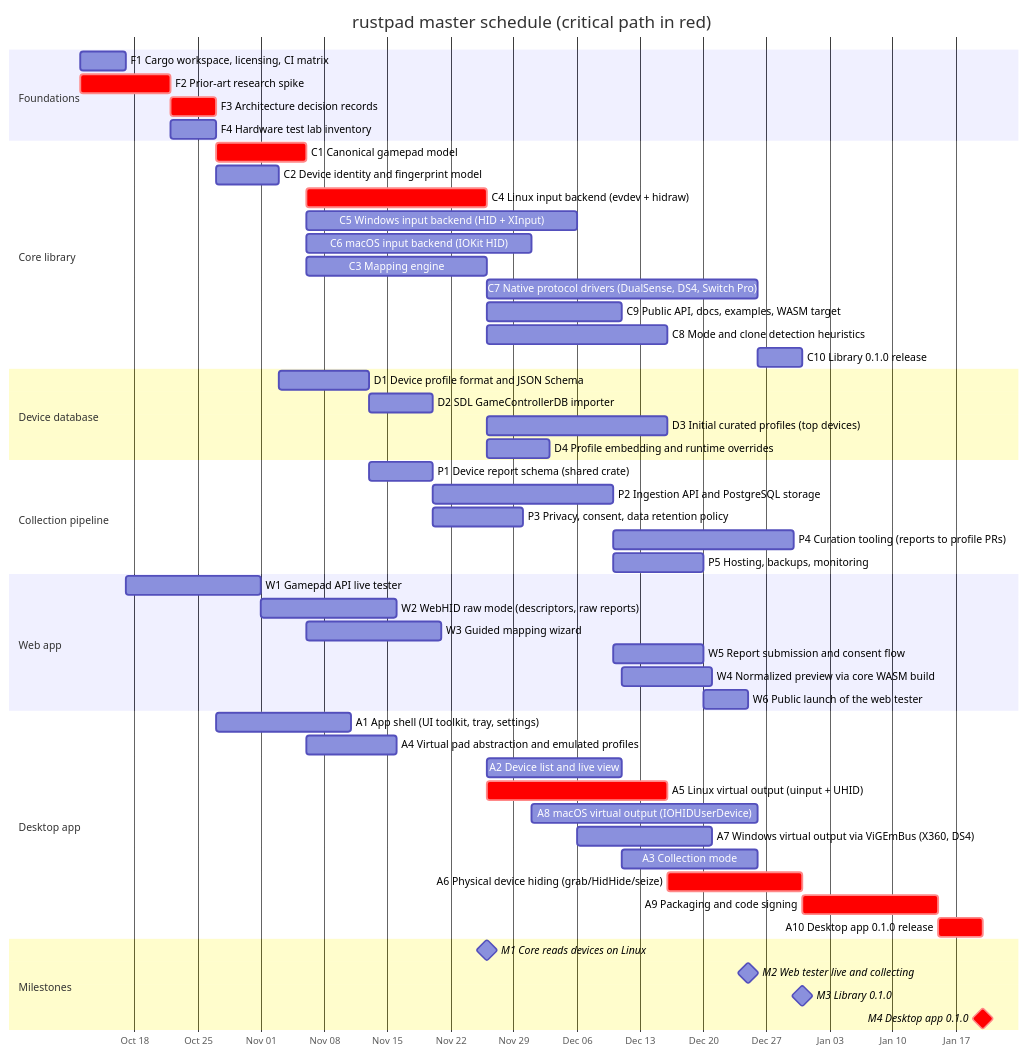
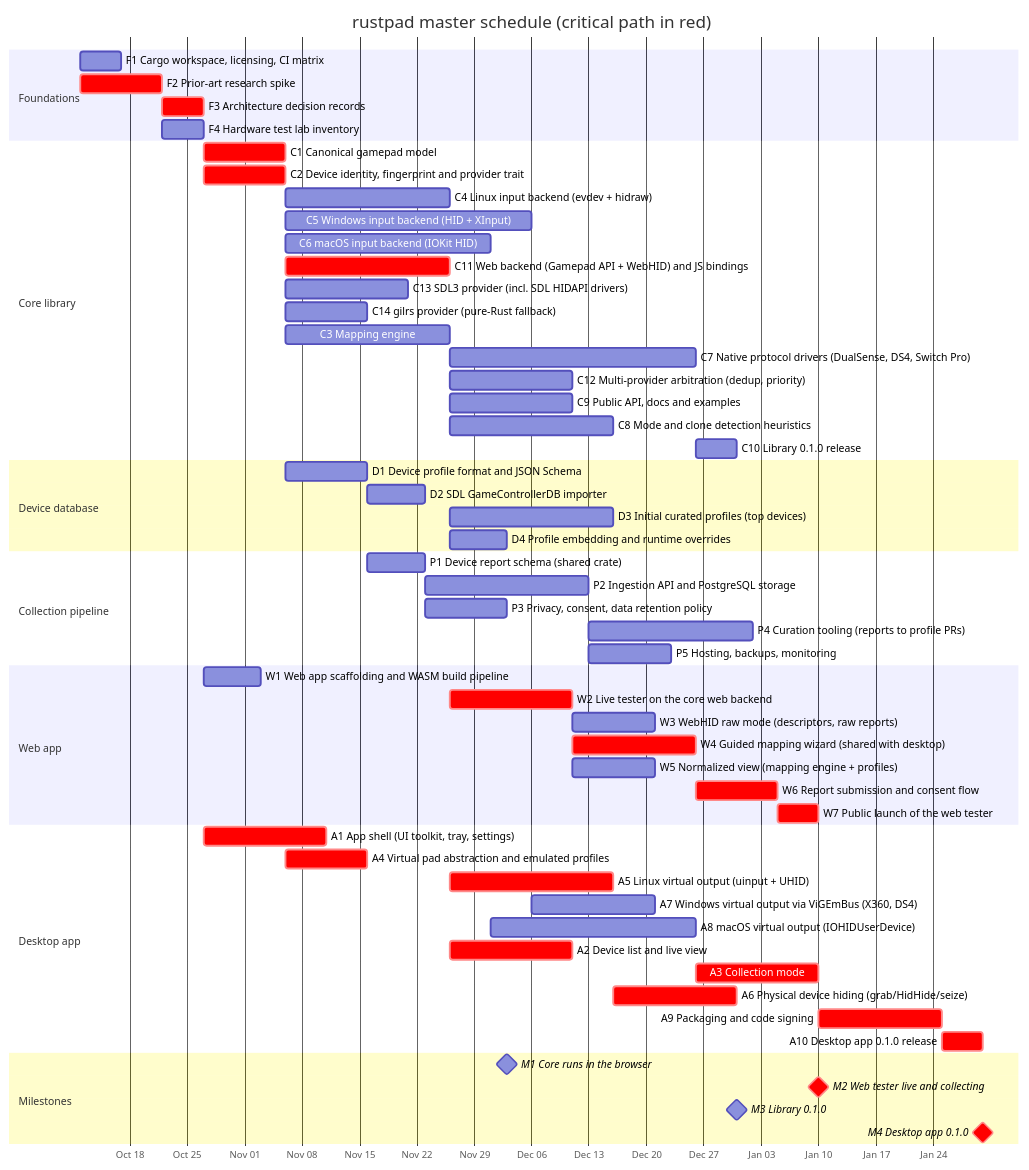
Before and after one commit to anygamepad/anygamepad.github.io: the second of 3 diagrams in ROADMAP/2026-10-10/README.md, drawn with Mermaid. The commit also changed other lines of this file and 9 other files, not shown here.

First line of the commit message:
Re-plan roadmap: web first, library via WASM, multi-provider input

````diff
--- a/ROADMAP/2026-10-10/README.md
+++ b/ROADMAP/2026-10-10/README.md
@@ -70,56 +102,61 @@
 ```mermaid
 gantt
     dateFormat YYYY-MM-DD
     axisFormat %b %d
     title rustpad master schedule (critical path in red)
     section Foundations
     F1 Cargo workspace, licensing, CI matrix :f1, 2026-10-12, 5d
     F2 Prior-art research spike :crit, f2, 2026-10-12, 10d
     F3 Architecture decision records :crit, f3, after f2, 5d
     F4 Hardware test lab inventory :f4, after f2, 5d
     section Core library
     C1 Canonical gamepad model :crit, c1, after f1 f3, 10d
-    C2 Device identity and fingerprint model :c2, after f3, 7d
-    C4 Linux input backend (evdev + hidraw) :crit, c4, after c1 c2, 20d
+    C2 Device identity, fingerprint and provider trait :crit, c2, after f3, 10d
+    C4 Linux input backend (evdev + hidraw) :c4, after c1 c2, 20d
     C5 Windows input backend (HID + XInput) :c5, after c1 c2, 30d
     C6 macOS input backend (IOKit HID) :c6, after c1 c2, 25d
+    C11 Web backend (Gamepad API + WebHID) and JS bindings :crit, c11, after c1 c2, 20d
+    C13 SDL3 provider (incl. SDL HIDAPI drivers) :c13, after c1 c2, 15d
+    C14 gilrs provider (pure-Rust fallback) :c14, after c1 c2, 10d
     C3 Mapping engine :c3, after c1 d1, 20d
     C7 Native protocol drivers (DualSense, DS4, Switch Pro) :c7, after c4, 30d
-    C9 Public API, docs, examples, WASM target :c9, after c3, 15d
+    C12 Multi-provider arbitration (dedup, priority) :c12, after c4 c13, 15d
+    C9 Public API, docs and examples :c9, after c3, 15d
     C8 Mode and clone detection heuristics :c8, after c3 c4 d3, 20d
-    C10 Library 0.1.0 release :c10, after c5 c6 c7 c8 c9 d4, 5d
+    C10 Library 0.1.0 release :c10, after c5 c6 c7 c8 c9 c11 c12 c14 d4, 5d
     section Device database
     D1 Device profile format and JSON Schema :d1, after c2, 10d
     D2 SDL GameControllerDB importer :d2, after d1, 7d
     D3 Initial curated profiles (top devices) :d3, after d1 c4 f4, 20d
     D4 Profile embedding and runtime overrides :d4, after d1 c3, 7d
     section Collection pipeline
     P1 Device report schema (shared crate) :p1, after c2 d1, 7d
     P2 Ingestion API and PostgreSQL storage :p2, after p1, 20d
     P3 Privacy, consent, data retention policy :p3, after p1, 10d
     P4 Curation tooling (reports to profile PRs) :p4, after p2 d1, 20d
     P5 Hosting, backups, monitoring :p5, after p2, 10d
     section Web app
-    W1 Gamepad API live tester :w1, after f1, 15d
-    W2 WebHID raw mode (descriptors, raw reports) :w2, after w1, 15d
-    W3 Guided mapping wizard :w3, after w1 c1, 15d
-    W5 Report submission and consent flow :w5, after w3 p2 p3, 10d
-    W4 Normalized preview via core WASM build :w4, after w1 c9, 10d
-    W6 Public launch of the web tester :w6, after w5 p5, 5d
+    W1 Web app scaffolding and WASM build pipeline :w1, after f1 f3, 7d
+    W2 Live tester on the core web backend :crit, w2, after w1 c11, 15d
+    W3 WebHID raw mode (descriptors, raw reports) :w3, after w2, 10d
+    W4 Guided mapping wizard (shared with desktop) :crit, w4, after w2, 15d
+    W5 Normalized view (mapping engine + profiles) :w5, after w2 c3 d2 d4, 10d
+    W6 Report submission and consent flow :crit, w6, after w4 p1 p2 p3, 10d
+    W7 Public launch of the web tester :crit, w7, after w5 w6 p5, 5d
     section Desktop app
-    A1 App shell (UI toolkit, tray, settings) :a1, after f3, 15d
-    A4 Virtual pad abstraction and emulated profiles :a4, after c1, 10d
-    A2 Device list and live view :a2, after a1 c4, 15d
+    A1 App shell (UI toolkit, tray, settings) :crit, a1, after f3 m2, 15d
+    A4 Virtual pad abstraction and emulated profiles :crit, a4, after c1 m2, 10d
     A5 Linux virtual output (uinput + UHID) :crit, a5, after a4 c4, 20d
+    A7 Windows virtual output via ViGEmBus (X360, DS4) :a7, after a4 c5, 15d
     A8 macOS virtual output (IOHIDUserDevice) :a8, after a4 c6, 25d
-    A7 Windows virtual output via ViGEmBus (X360, DS4) :a7, after a4 c5, 15d
-    A3 Collection mode :a3, after a2 w3 p2 p3, 15d
+    A2 Device list and live view :crit, a2, after a1 c4, 15d
+    A3 Collection mode :crit, a3, after a2 w4 p2 p3, 15d
     A6 Physical device hiding (grab/HidHide/seize) :crit, a6, after a5 c5 c6, 15d
     A9 Packaging and code signing :crit, a9, after a3 a6 a7 a8, 15d
     A10 Desktop app 0.1.0 release :crit, a10, after a9 c10, 5d
     section Milestones
-    M1 Core reads devices on Linux :milestone, m1, after c3 c4, 0d
-    M2 Web tester live and collecting :milestone, m2, after w6, 0d
+    M1 Core runs in the browser :milestone, m1, after c3 c11 d4, 0d
+    M2 Web tester live and collecting :milestone, crit, m2, after w7, 0d
     M3 Library 0.1.0 :milestone, m3, after c10, 0d
     M4 Desktop app 0.1.0 :milestone, crit, m4, after a10, 0d
 ```
````
